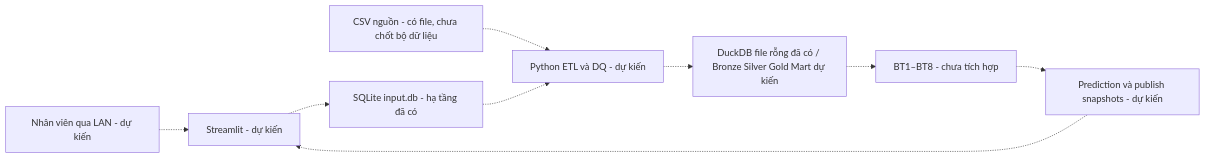
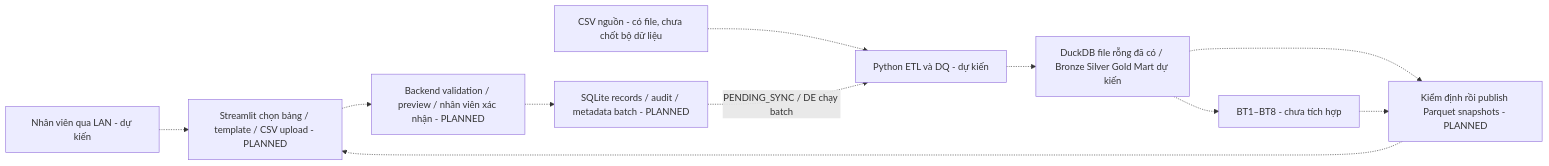
Before and after one commit to MckhueVanPhuc/rohlik-data-warehouse: the diagram in docs/setup_tutorial.md, drawn with Mermaid. The commit also changed other lines of this file and 32 other files, not shown here.

````diff
--- a/docs/setup_tutorial.md
+++ b/docs/setup_tutorial.md
@@ -45,11 +56,13 @@
 ```mermaid
 flowchart LR
-    User[Nhân viên qua LAN - dự kiến] -.-> UI[Streamlit - dự kiến]
-    UI -.-> DB[SQLite input.db - hạ tầng đã có]
+    User[Nhân viên qua LAN - dự kiến] -.-> UI[Streamlit chọn bảng / template / CSV upload - PLANNED]
+    UI -.-> Validate[Backend validation / preview / nhân viên xác nhận - PLANNED]
+    Validate -.-> DB[SQLite records / audit / metadata batch - PLANNED]
     Raw[CSV nguồn - có file, chưa chốt bộ dữ liệu] -.-> ETL[Python ETL và DQ - dự kiến]
-    DB -.-> ETL
+    DB -. PENDING_SYNC / DE chạy batch .-> ETL
     ETL -.-> DW[DuckDB file rỗng đã có / Bronze Silver Gold Mart dự kiến]
+    DW -.-> Out[Kiểm định rồi publish Parquet snapshots - PLANNED]
     DW -.-> ML[BT1–BT8 - chưa tích hợp]
-    ML -.-> Out[Prediction và publish snapshots - dự kiến]
+    ML -.-> Out
     Out -.-> UI
 ```
````
